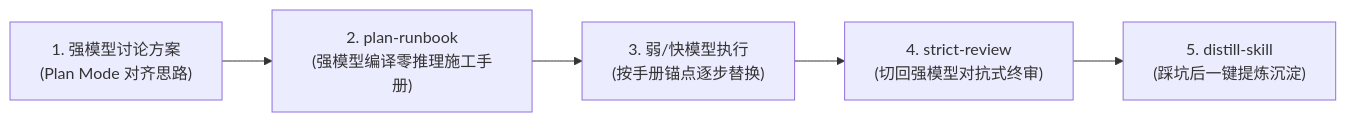
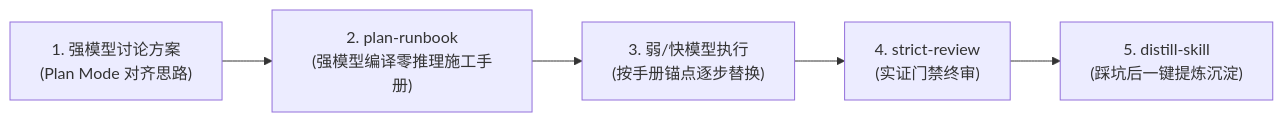
Before and after one commit to Mr-wang007s/ai-playbook: the diagram in README.md, drawn with Mermaid. The commit also changed other lines of this file and 2 other files, not shown here.

Commit message:
feat(skills): replace adversarial bias in strict-review with evidence-gated filtering

````diff
--- a/README.md
+++ b/README.md
@@ -13,7 +13,7 @@
 ```mermaid
 flowchart LR
   Discuss["1. 强模型讨论方案\n(Plan Mode 对齐思路)"] --> Runbook["2. plan-runbook\n(强模型编译零推理施工手册)"]
   Runbook --> Exec["3. 弱/快模型执行\n(按手册锚点逐步替换)"]
-  Exec --> Audit["4. strict-review\n(切回强模型对抗式终审)"]
+  Exec -->   Audit["4. strict-review\n(实证门禁终审)"]
   Audit --> Distill["5. distill-skill\n(踩坑后一键提炼沉淀)"]
 ```
````
